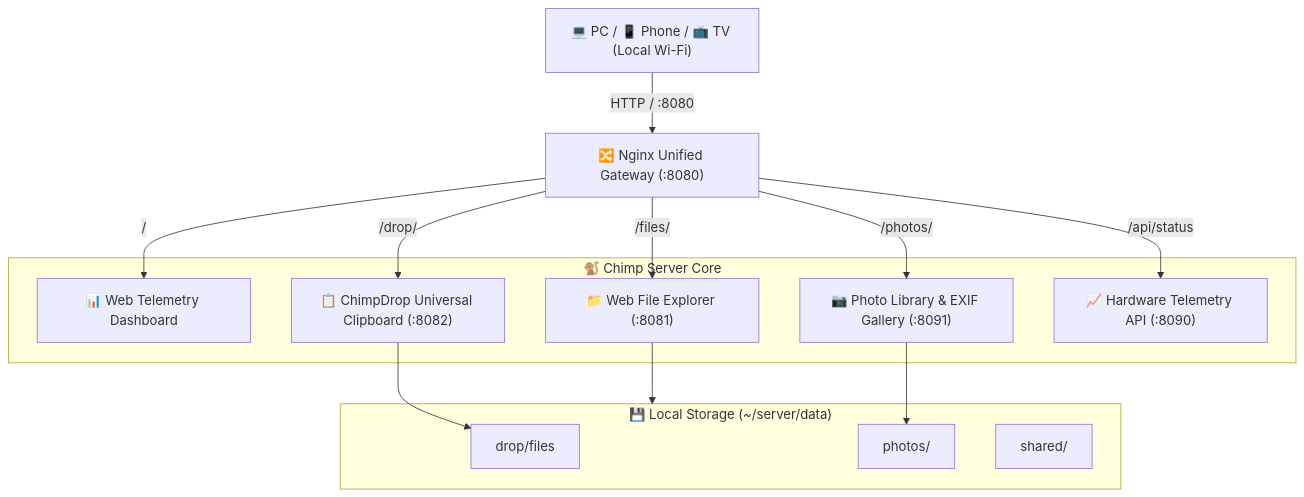
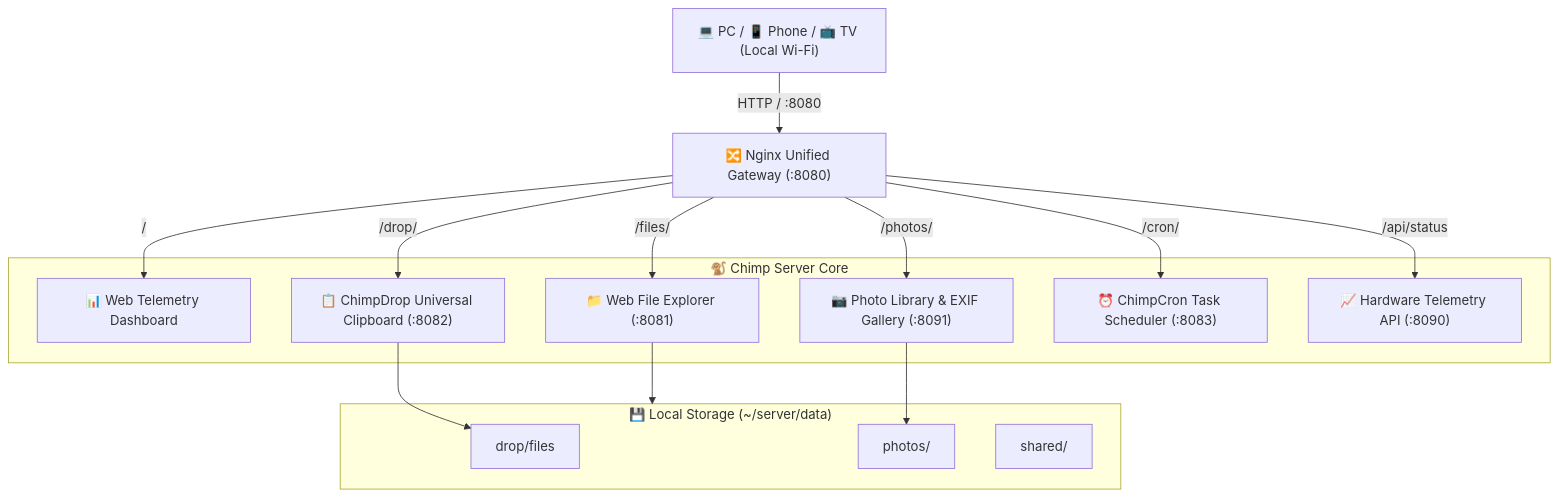
One commit to nazufernandes/chimp-home-server changed the diagram in README.md. Above: the diagram before and after it, drawn with Mermaid. The commit also changed other lines of this file and 9 other files, not shown here.

Commit message:
feat(cron): add ChimpCron visual scheduled automation service

````diff
--- a/README.md
+++ b/README.md
@@ -90,28 +96,30 @@
 ```mermaid
 graph TD
     Client["💻 PC / 📱 Phone / 📺 TV (Local Wi-Fi)"] -->|HTTP / :8080| GW["🔀 Nginx Unified Gateway (:8080)"]
 
     GW -->|"/"| Dash["📊 Web Telemetry Dashboard"]
     GW -->|"/drop/"| Drop["📋 ChimpDrop Universal Clipboard (:8082)"]
     GW -->|"/files/"| Files["📁 Web File Explorer (:8081)"]
     GW -->|"/photos/"| Photos["📷 Photo Library & EXIF Gallery (:8091)"]
+    GW -->|"/cron/"| Cron["⏰ ChimpCron Task Scheduler (:8083)"]
     GW -->|"/api/status"| Mon["📈 Hardware Telemetry API (:8090)"]
 
     subgraph Server_Core ["🐒 Chimp Server Core"]
         Dash
         Drop
         Files
         Photos
+        Cron
         Mon
     end
 
     subgraph Storage ["💾 Local Storage (~/server/data)"]
         DropFiles["drop/files"]
         PhotoStore["photos/"]
         SharedDir["shared/"]
     end
 
     Drop --> DropFiles
     Photos --> PhotoStore
     Files --> Storage
 ```
````
